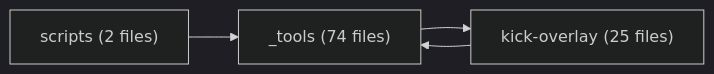
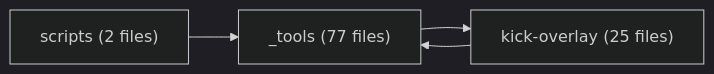
Before and after one commit to mateusant13/kick-youtube-overlay-for-twitch-with-adblock: the diagram in features/INDEX.md, drawn with Mermaid (dark theme). The commit also changed other lines of this file and 3 other files, not shown here.

````diff
--- a/features/INDEX.md
+++ b/features/INDEX.md
@@ -16,9 +16,9 @@
 ```mermaid
 flowchart LR
-  _tools["_tools (74 files)"]
+  _tools["_tools (77 files)"]
   kick_overlay["kick-overlay (25 files)"]
   scripts["scripts (2 files)"]
   _tools --> kick_overlay
   kick_overlay --> _tools
   scripts --> _tools
 ```
````
